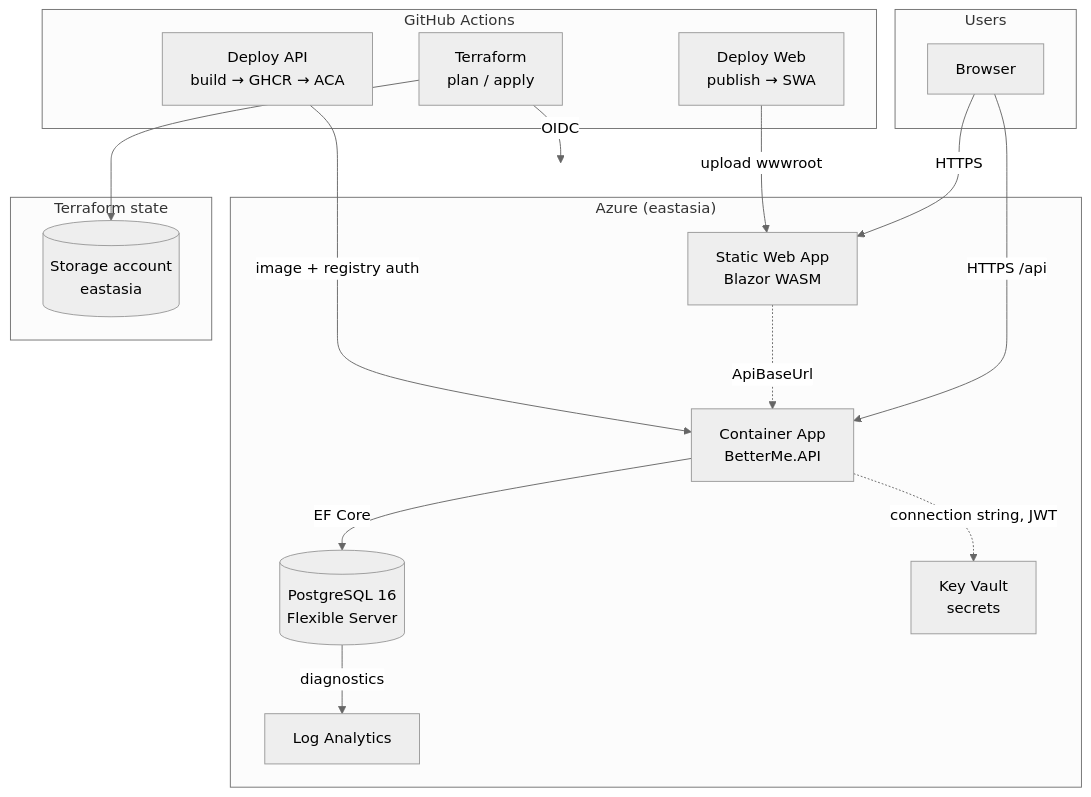
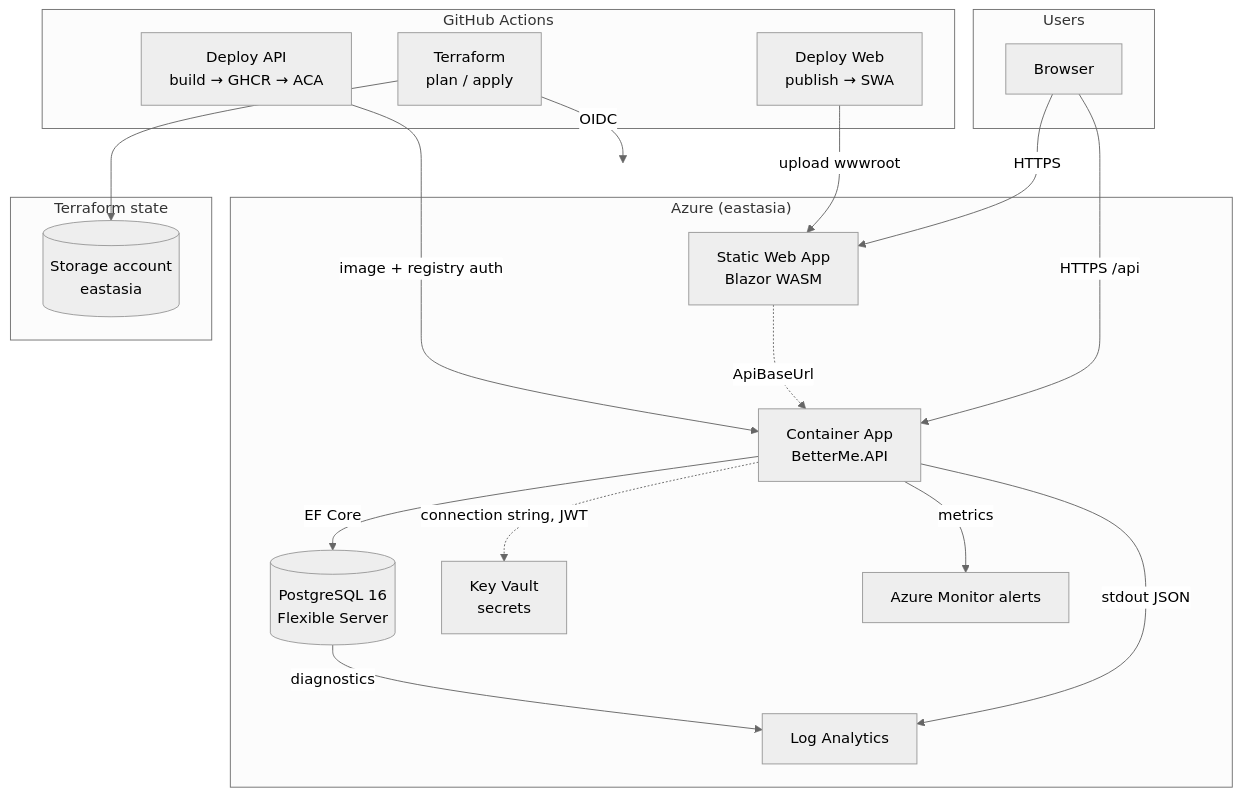
One commit to agthetpaing/betterme changed the diagram in README.md. Above: the diagram before and after it, drawn with Mermaid (neutral theme). The commit also changed other lines of this file and 23 other files, not shown here.

First line of the commit message:
Add structured logging, ACA health probes, and Monitor alerts.

````diff
--- a/README.md
+++ b/README.md
@@ -17,36 +17,39 @@
 ```mermaid
 flowchart TB
   subgraph users [Users]
     Browser[Browser]
   end
 
   subgraph azure ["Azure (eastasia)"]
     SWA["Static Web App<br/>Blazor WASM"]
     API["Container App<br/>BetterMe.API"]
     PG[("PostgreSQL 16<br/>Flexible Server")]
     KV["Key Vault<br/>secrets"]
     LAW[Log Analytics]
+    AM[Azure Monitor alerts]
   end
 
   subgraph cicd [GitHub Actions]
     TF[Terraform<br/>plan / apply]
     DeployAPI[Deploy API<br/>build → GHCR → ACA]
     DeployWeb[Deploy Web<br/>publish → SWA]
   end
 
   subgraph state [Terraform state]
     SA[(Storage account<br/>eastasia)]
   end
 
   Browser -->|HTTPS| SWA
   Browser -->|HTTPS /api| API
   SWA -.->|ApiBaseUrl| API
   API -->|EF Core| PG
   API -.->|connection string, JWT| KV
+  API -->|stdout JSON| LAW
   PG -->|diagnostics| LAW
+  API -->|metrics| AM
 
   TF -->|OIDC| azure
   TF --> SA
   DeployAPI -->|image + registry auth| API
   DeployWeb -->|upload wwwroot| SWA
 ```
````
